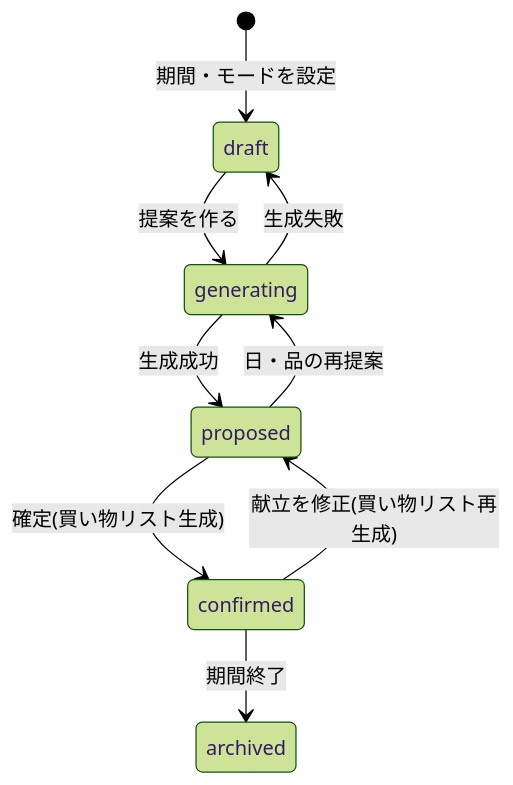
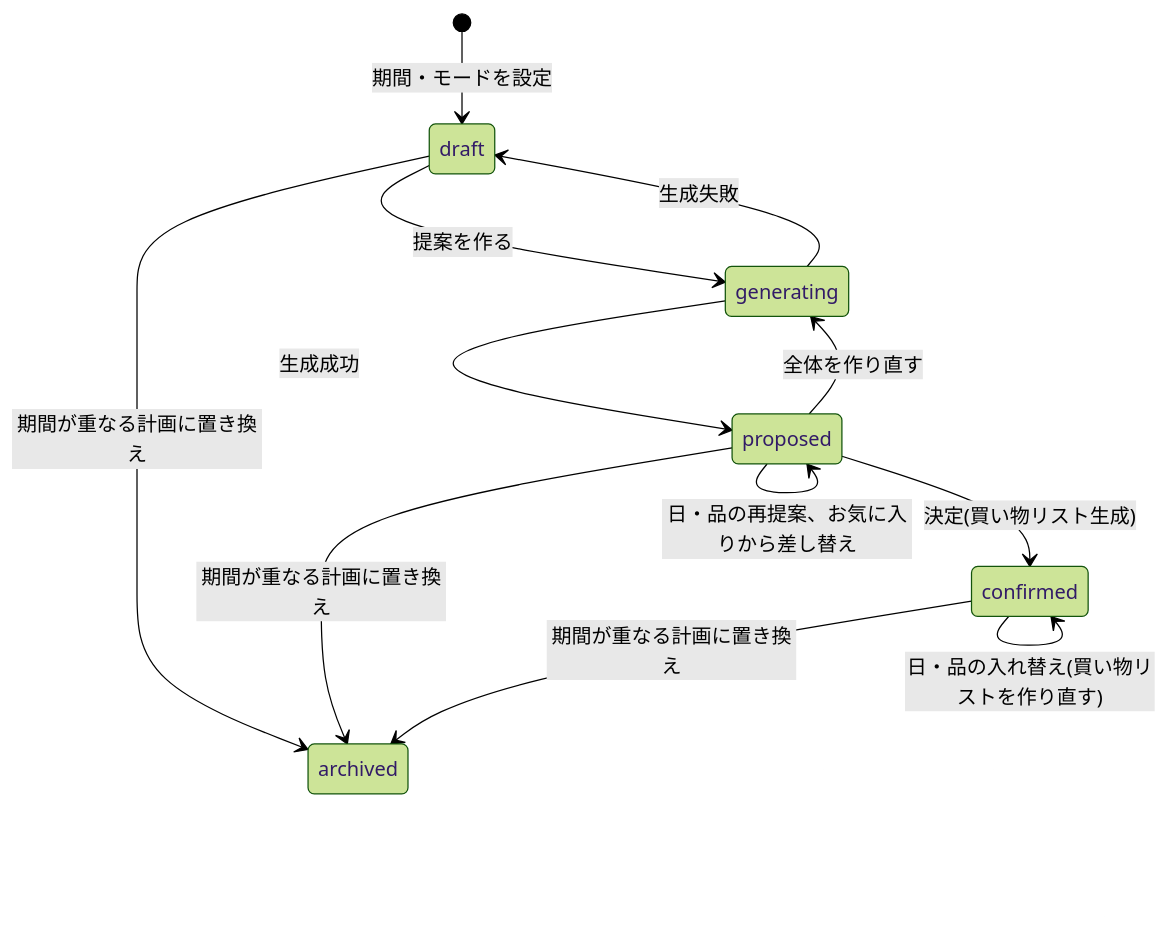
One commit to koshio123/kondate-app changed the third of 5 diagrams in docs/02_design.md. Above: the diagram before and after it, drawn with Mermaid (forest theme). The commit also changed other lines of this file and 5 other files, not shown here.

````diff
--- a/docs/02_design.md
+++ b/docs/02_design.md
@@ -89,11 +92,14 @@
 ```mermaid
 stateDiagram-v2
   [*] --> draft: 期間・モードを設定
   draft --> generating: 提案を作る
   generating --> proposed: 生成成功
   generating --> draft: 生成失敗
-  proposed --> generating: 日・品の再提案
-  proposed --> confirmed: 確定(買い物リスト生成)
-  confirmed --> proposed: 献立を修正(買い物リスト再生成)
-  confirmed --> archived: 期間終了
+  proposed --> generating: 全体を作り直す
+  proposed --> proposed: 日・品の再提案、お気に入りから差し替え
+  proposed --> confirmed: 決定(買い物リスト生成)
+  confirmed --> confirmed: 日・品の入れ替え(買い物リストを作り直す)
+  draft --> archived: 期間が重なる計画に置き換え
+  proposed --> archived: 期間が重なる計画に置き換え
+  confirmed --> archived: 期間が重なる計画に置き換え
 ```
````
